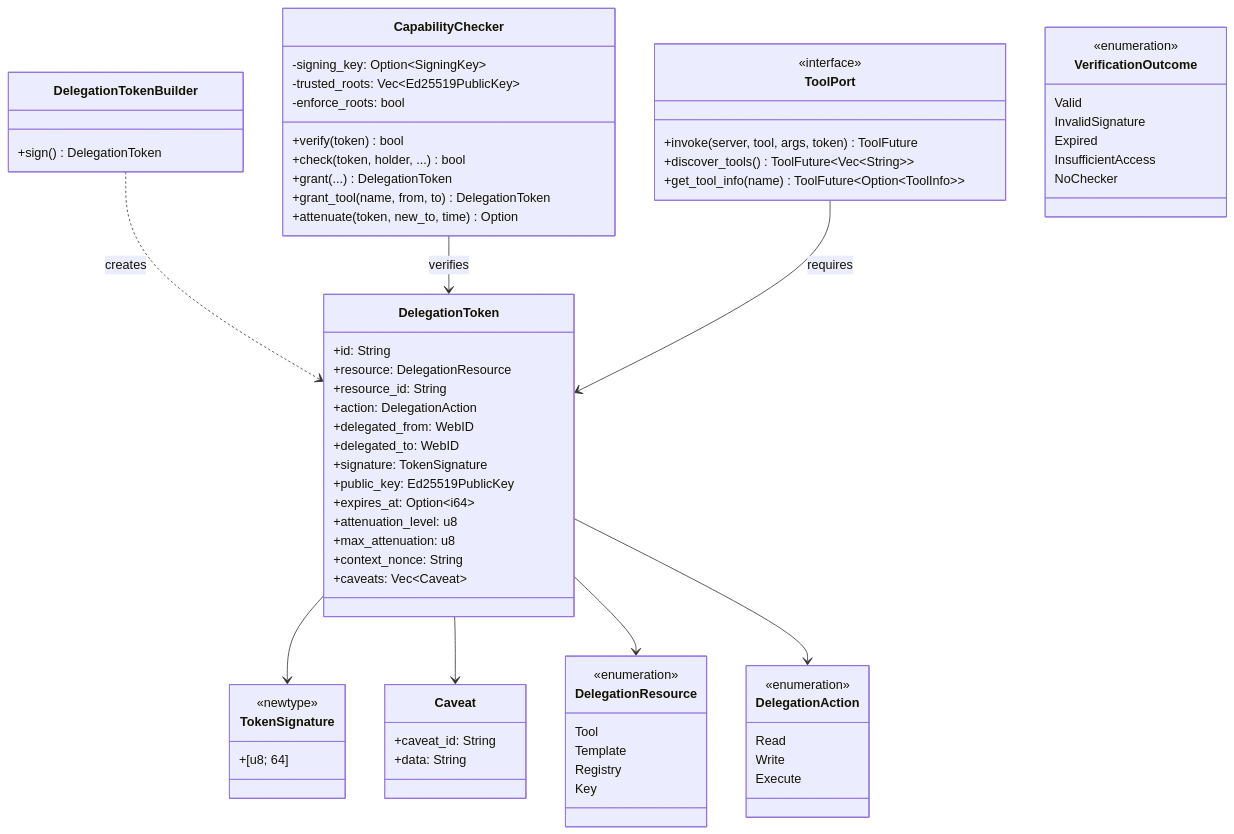
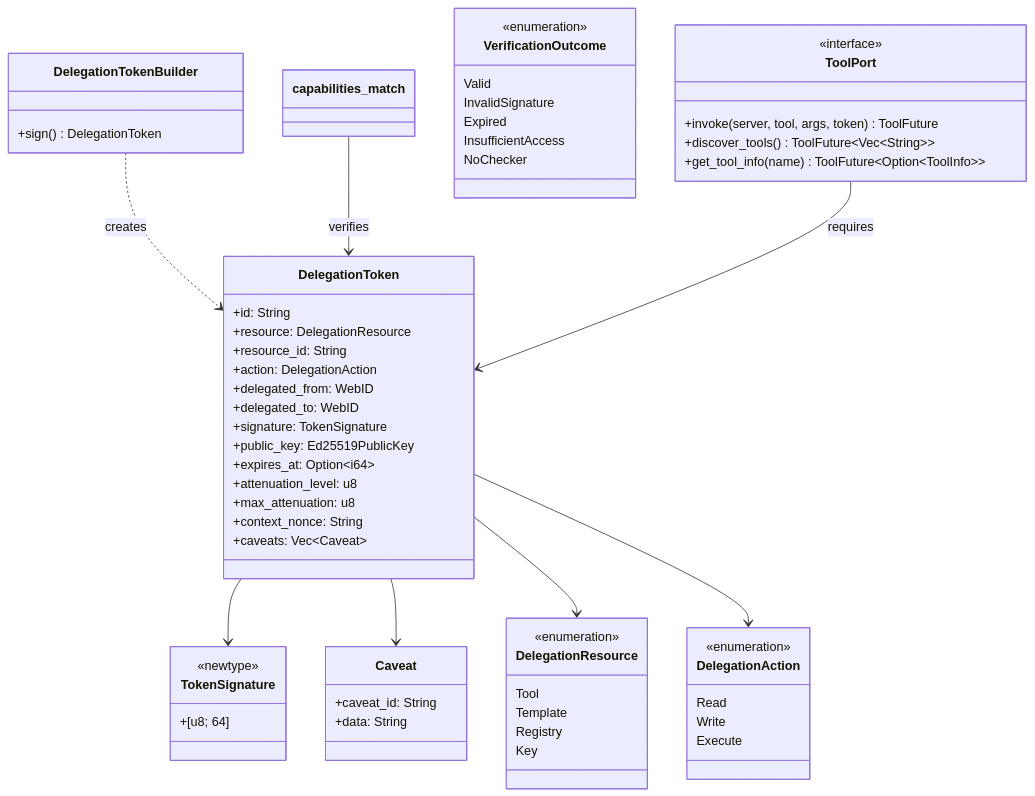
One commit to mdz-axo/zed-kask changed the diagram in kask/docs/diataxis/hkask-capability/reference.md. Above: the diagram before and after it, drawn with Mermaid. The commit also changed other lines of this file and 10 other files, not shown here.

````diff
--- a/kask/docs/diataxis/hkask-capability/reference.md
+++ b/kask/docs/diataxis/hkask-capability/reference.md
@@ -60,74 +60,64 @@
 ```mermaid
 classDiagram
     class DelegationToken {
         +id: String
         +resource: DelegationResource
         +resource_id: String
         +action: DelegationAction
         +delegated_from: WebID
         +delegated_to: WebID
         +signature: TokenSignature
         +public_key: Ed25519PublicKey
         +expires_at: Option~i64~
         +attenuation_level: u8
         +max_attenuation: u8
         +context_nonce: String
         +caveats: Vec~Caveat~
     }
     class DelegationTokenBuilder {
         +sign() DelegationToken
     }
     class TokenSignature {
         <<newtype>>
         +[u8; 64]
     }
     class Caveat {
         +caveat_id: String
         +data: String
-    }
-    class CapabilityChecker {
-        -signing_key: Option~SigningKey~
-        -trusted_roots: Vec~Ed25519PublicKey~
-        -enforce_roots: bool
-        +verify(token) bool
-        +check(token, holder, ...) bool
-        +grant(...) DelegationToken
-        +grant_tool(name, from, to) DelegationToken
-        +attenuate(token, new_to, time) Option
     }
     class ToolPort {
         <<interface>>
         +invoke(server, tool, args, token) ToolFuture
         +discover_tools() ToolFuture~Vec~String~~
         +get_tool_info(name) ToolFuture~Option~ToolInfo~~
     }
     class VerificationOutcome {
         <<enumeration>>
         Valid
         InvalidSignature
         Expired
         InsufficientAccess
         NoChecker
     }
     class DelegationResource {
         <<enumeration>>
         Tool
         Template
         Registry
         Key
     }
     class DelegationAction {
         <<enumeration>>
         Read
         Write
         Execute
     }
 
     DelegationToken --> TokenSignature
     DelegationToken --> Caveat
     DelegationToken --> DelegationResource
     DelegationToken --> DelegationAction
     DelegationTokenBuilder ..> DelegationToken : creates
-    CapabilityChecker --> DelegationToken : verifies
+    capabilities_match --> DelegationToken : verifies
     ToolPort --> DelegationToken : requires
 ```
````
